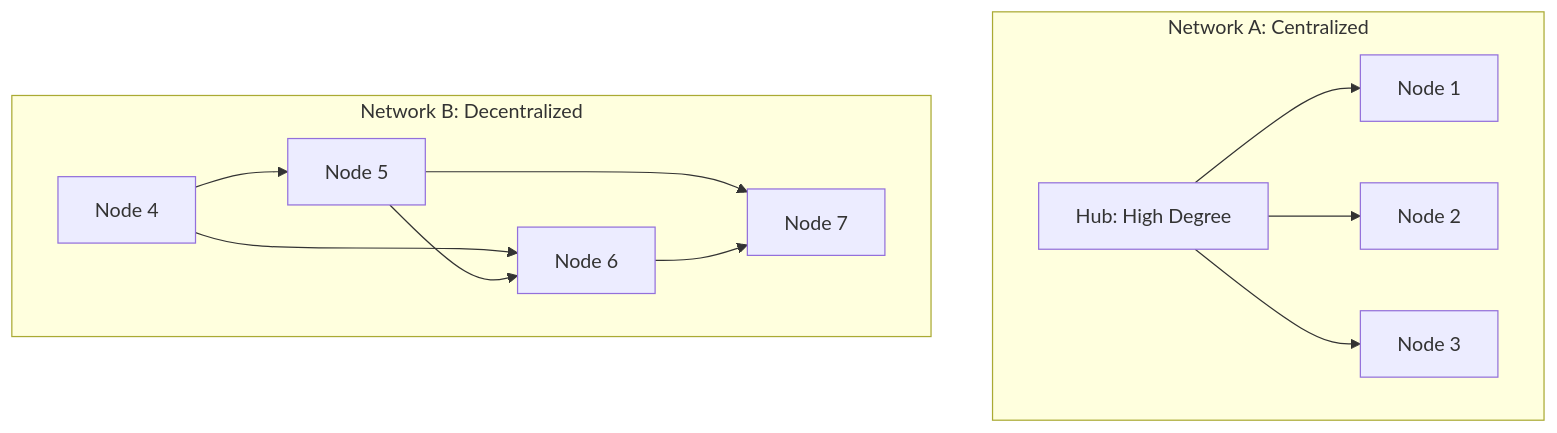
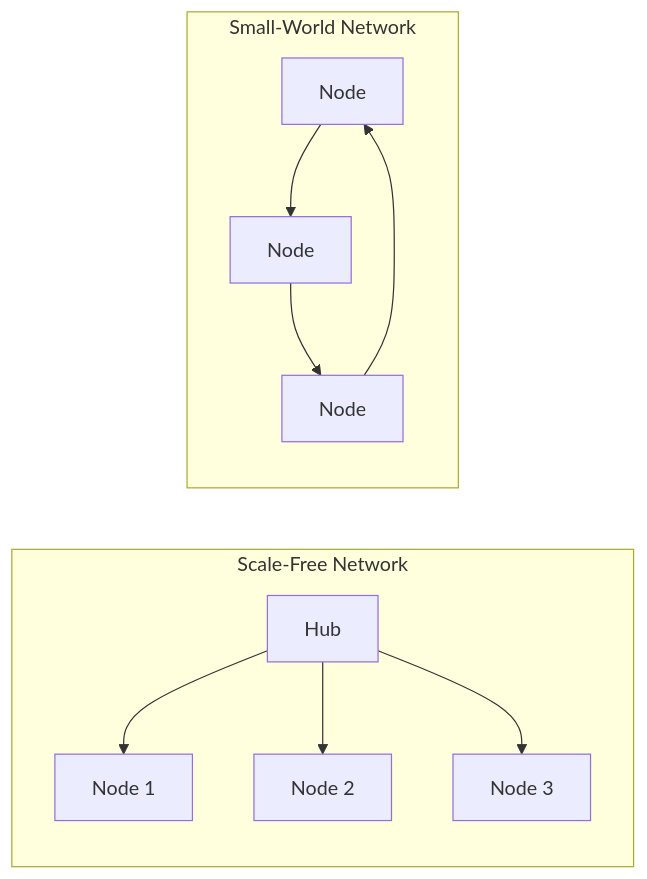
Before and after one commit to KishoreRam-M/SocialNetworkEnginnering: the fifth of 7 diagrams in Unit-1 /12-Marks.md, drawn with Mermaid. The commit also changed other lines of this file, not shown here.

````diff
--- a/Unit-1 /12-Marks.md
+++ b/Unit-1 /12-Marks.md
@@ -184,16 +143,13 @@
 ```mermaid
-graph TB
-subgraph Network A: Centralized
-  A[Hub: High Degree] --> B[Node 1]
-  A --> C[Node 2]
-  A --> D[Node 3]
+graph LR
+subgraph A[Scale-Free Network]
+  A1[Hub] --> A2[Node 1]
+  A1 --> A3[Node 2]
+  A1 --> A4[Node 3]
 end
-
-subgraph Network B: Decentralized
-  E[Node 4] --> F[Node 5]
-  E --> G[Node 6]
-  F --> G
-  F --> H[Node 7]
-  G --> H
+subgraph B[Small-World Network]
+  B1[Node] --> B2[Node]
+  B2 --> B3[Node]
+  B3 --> B1
 end
 ```
````
